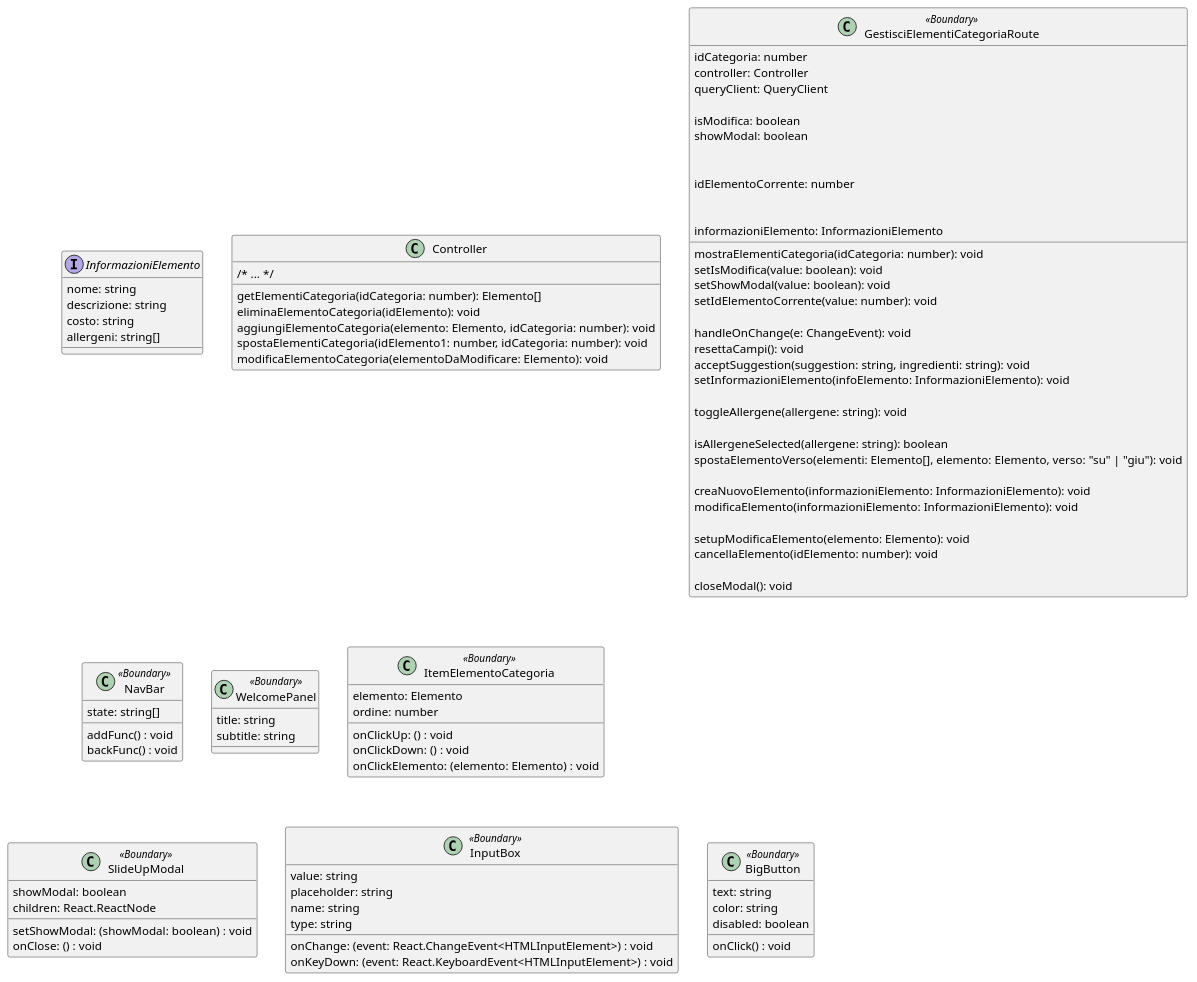
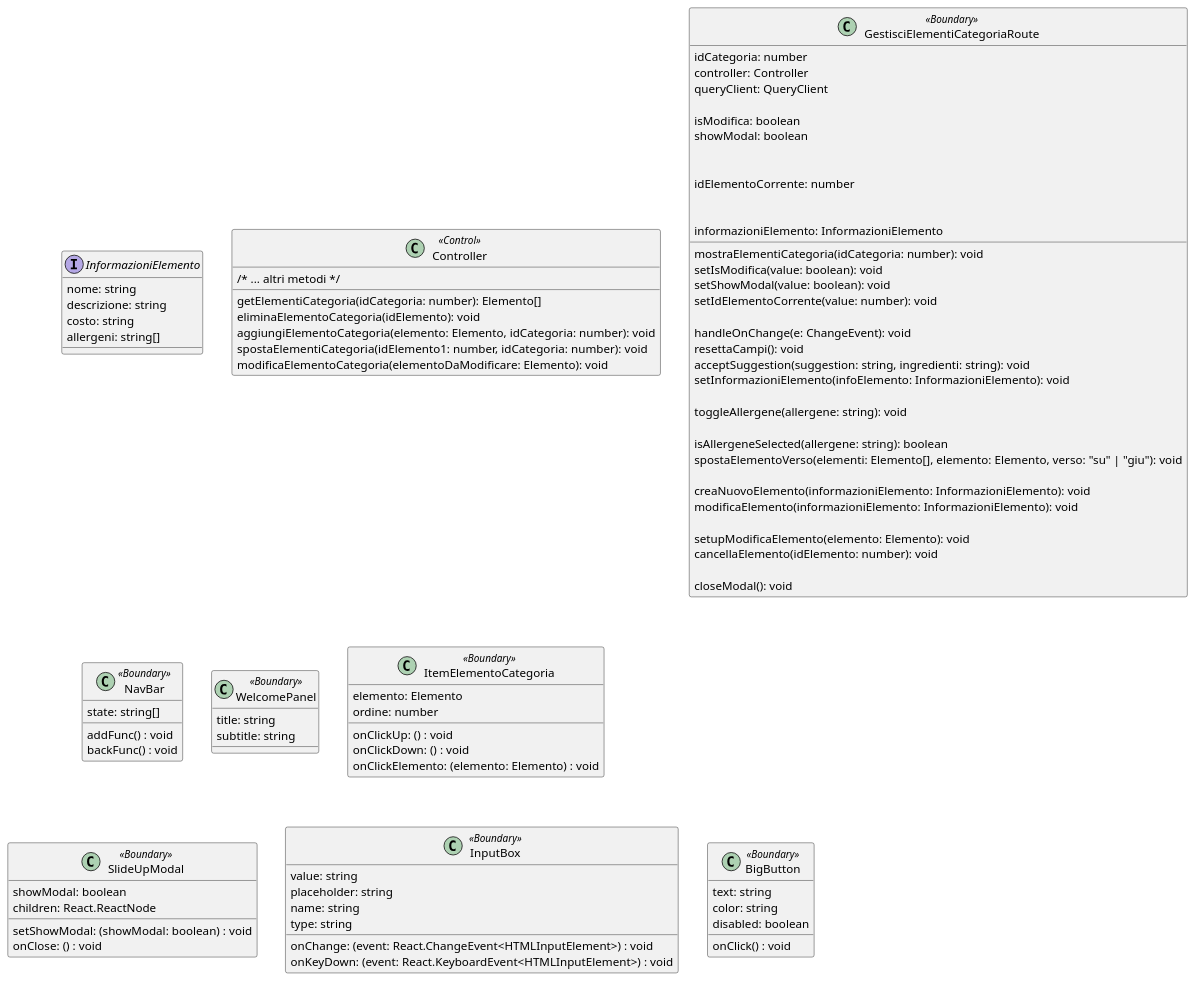
One commit to macro21KGB/Esame-INGSW-22-23 changed the diagram in diagrams/PUML/routes/GestisciElementiCategoriaRoute.puml. Above: the diagram before and after it, drawn with PlantUML. The commit also changed 9 other files, not shown here.

```diff
--- a/diagrams/PUML/routes/GestisciElementiCategoriaRoute.puml
+++ b/diagrams/PUML/routes/GestisciElementiCategoriaRoute.puml
@@ -1,111 +1,111 @@
 @startuml
 
 interface InformazioniElemento {
 	nome: string
 	descrizione: string
 	costo: string
 	allergeni: string[]
 }
 
-class Controller {
+class Controller <<Control>>{
 
-	/* ... */
+	/* ... altri metodi */
 	getElementiCategoria(idCategoria: number): Elemento[]
 	eliminaElementoCategoria(idElemento): void
 	aggiungiElementoCategoria(elemento: Elemento, idCategoria: number): void
 	spostaElementiCategoria(idElemento1: number, idCategoria: number): void
 	modificaElementoCategoria(elementoDaModificare: Elemento): void
 }
 
 class GestisciElementiCategoriaRoute <<Boundary>> {
 	
 	idCategoria: number
 	controller: Controller
 	queryClient: QueryClient
 	mostraElementiCategoria(idCategoria: number): void
 
 	isModifica: boolean
 	showModal: boolean
 
 	setIsModifica(value: boolean): void
 	setShowModal(value: boolean): void
 
 	idElementoCorrente: number
 	setIdElementoCorrente(value: number): void
 
 	handleOnChange(e: ChangeEvent): void
 	resettaCampi(): void 
 	acceptSuggestion(suggestion: string, ingredienti: string): void
 
 	informazioniElemento: InformazioniElemento
 	setInformazioniElemento(infoElemento: InformazioniElemento): void
 
 	toggleAllergene(allergene: string): void
 
 	isAllergeneSelected(allergene: string): boolean
 	spostaElementoVerso(elementi: Elemento[], elemento: Elemento, verso: "su" | "giu"): void
 
 	creaNuovoElemento(informazioniElemento: InformazioniElemento): void
 	modificaElemento(informazioniElemento: InformazioniElemento): void
 
 	setupModificaElemento(elemento: Elemento): void
 	cancellaElemento(idElemento: number): void
 
 	closeModal(): void
 }
 
 class NavBar <<Boundary>> {
 
 	addFunc() : void
 	backFunc() : void
 	state: string[]
 	
 }
 
 class WelcomePanel <<Boundary>> {
 
   title: string
 	subtitle: string
 
 }
 	
 class ItemElementoCategoria <<Boundary>> {
 
 	elemento: Elemento
 	onClickUp: () : void
 	onClickDown: () : void
 	onClickElemento: (elemento: Elemento) : void
 	ordine: number
 
 }
 
 class SlideUpModal <<Boundary>> {
 
 	showModal: boolean
 	setShowModal: (showModal: boolean) : void
 	children: React.ReactNode
 	onClose: () : void
 
 }
 
 class InputBox <<Boundary>> {
 
 	value: string
 	placeholder: string
 	name: string
 	type: string
 	onChange: (event: React.ChangeEvent<HTMLInputElement>) : void
 	onKeyDown: (event: React.KeyboardEvent<HTMLInputElement>) : void
 
 }
 
 class BigButton <<Boundary>> {
 
   onClick() : void
   text: string
   color: string
   disabled: boolean
 
 }
 
 @enduml
```
